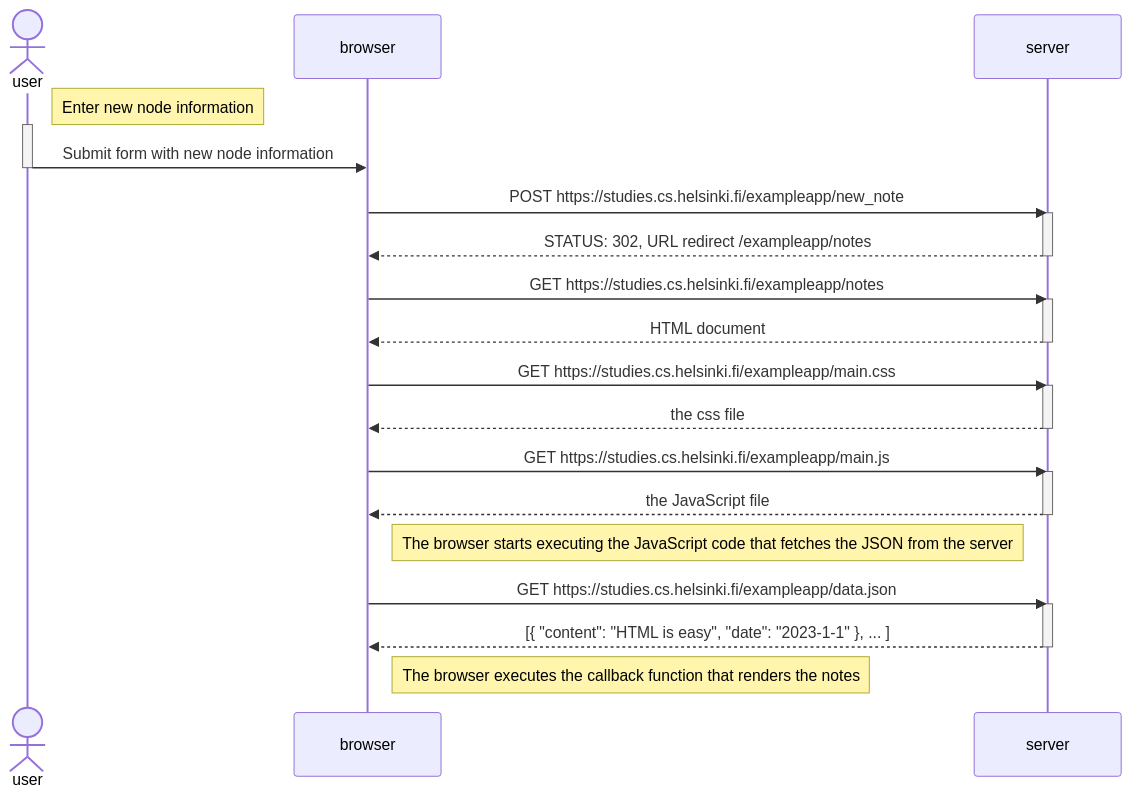
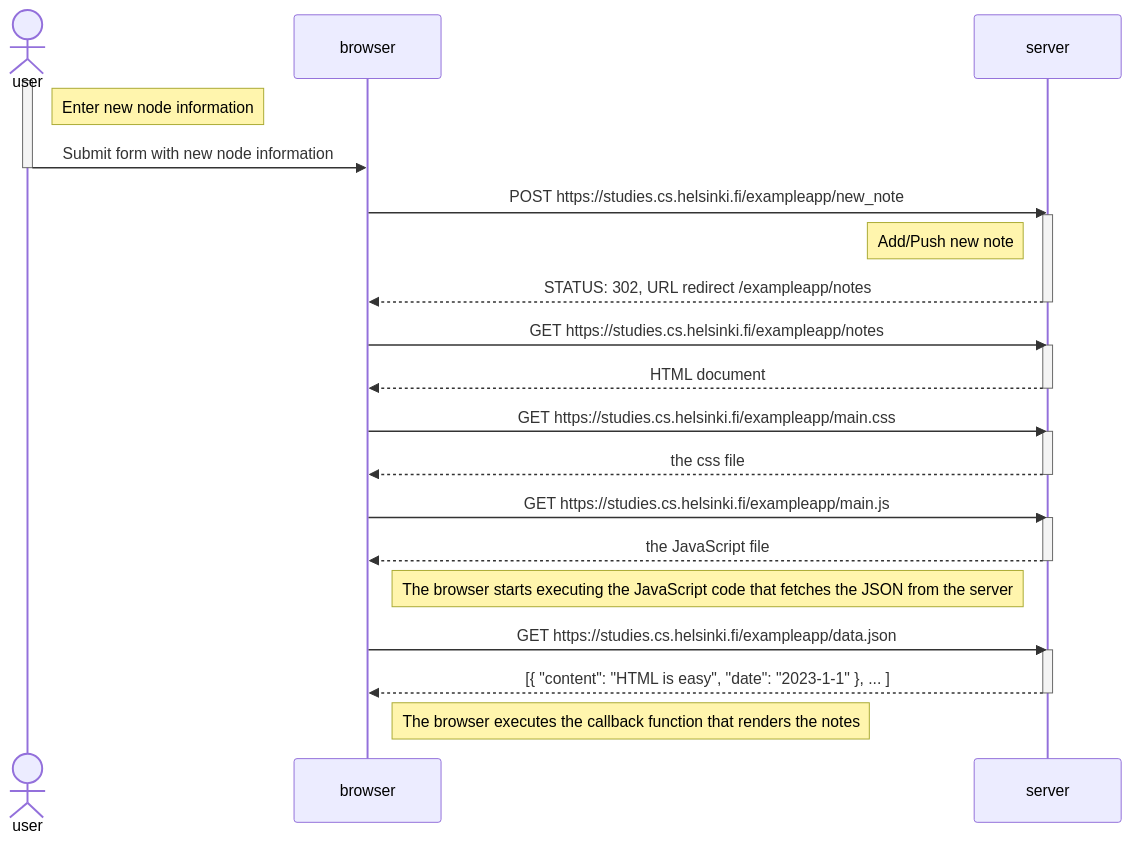
Before and after one commit to DreamingOwl/mermaid-markdown-practice: the diagram in readme.md, drawn with Mermaid.

````diff
--- a/readme.md
+++ b/readme.md
@@ -1,42 +1,43 @@
 ```mermaid
 
 sequenceDiagram
     actor user
     participant browser
     participant server
     
+    activate user
     note right of user: Enter new node information
-    activate user
     user->>browser: Submit form with new node information
     deactivate user
     
     browser->>server: POST https://studies.cs.helsinki.fi/exampleapp/new_note
     activate server
+    note left of server: Add/Push new note
     server-->>browser: STATUS: 302, URL redirect /exampleapp/notes
     deactivate server
 
     browser->>server: GET https://studies.cs.helsinki.fi/exampleapp/notes
     activate server
     server-->>browser: HTML document
     deactivate server
 
     browser->>server: GET https://studies.cs.helsinki.fi/exampleapp/main.css
     activate server
     server-->>browser: the css file
     deactivate server
 
     browser->>server: GET https://studies.cs.helsinki.fi/exampleapp/main.js
     activate server
     server-->>browser: the JavaScript file
     deactivate server
 
     Note right of browser: The browser starts executing the JavaScript code that fetches the JSON from the server
 
     browser->>server: GET https://studies.cs.helsinki.fi/exampleapp/data.json
     activate server
     server-->>browser: [{ "content": "HTML is easy", "date": "2023-1-1" }, ... ]
     deactivate server
 
     Note right of browser: The browser executes the callback function that renders the notes
 
 ```
````
